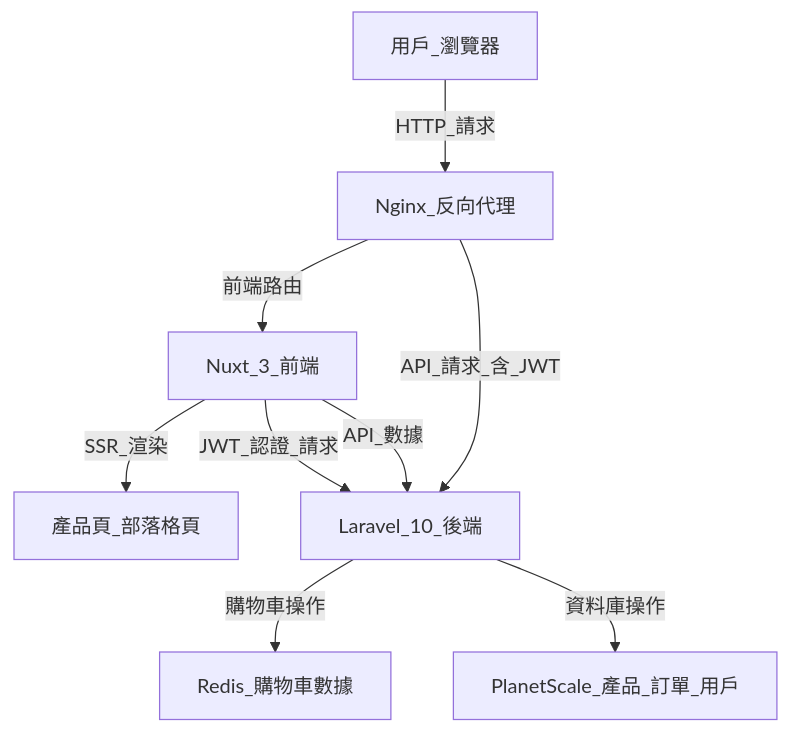
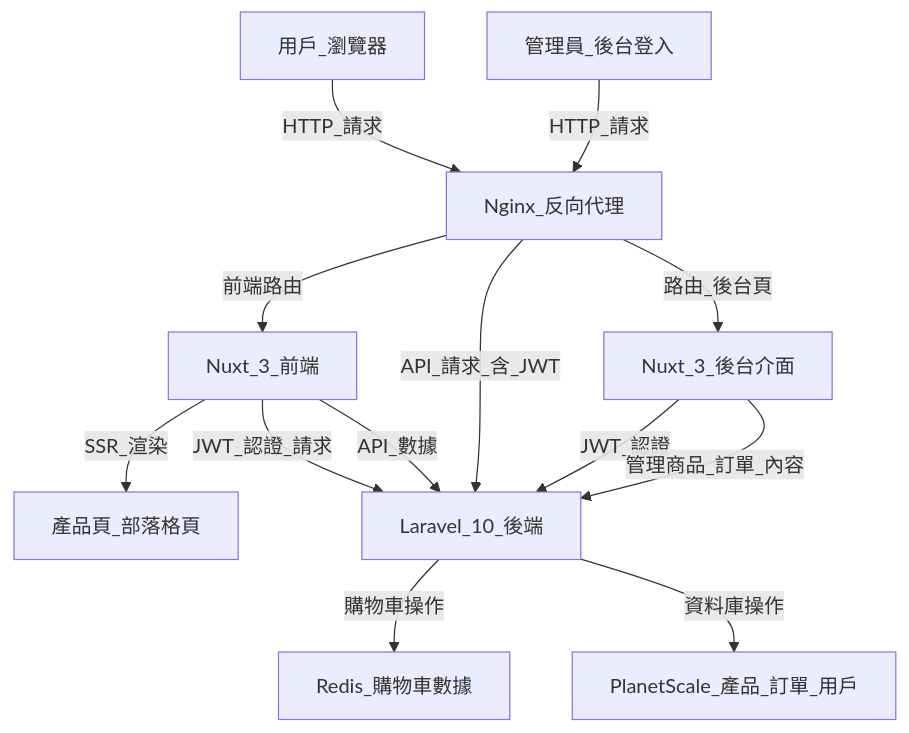
One commit to BpsEason/PetJoyEcommerce changed the diagram in README.md. Above: the diagram before and after it, drawn with Mermaid.

````diff
--- a/README.md
+++ b/README.md
@@ -24,11 +24,17 @@
 ```mermaid
 graph TD
     A[用戶_瀏覽器] -->|HTTP_請求| B[Nginx_反向代理]
     B -->|前端路由| C[Nuxt_3_前端]
     C -->|SSR_渲染| E[產品頁_部落格頁]
     C -->|JWT_認證_請求| D[Laravel_10_後端]
     B -->|API_請求_含_JWT| D
     C -->|API_數據| D
     D -->|購物車操作| G[Redis_購物車數據]
     D -->|資料庫操作| H[PlanetScale_產品_訂單_用戶]
+
+    I[管理員_後台登入] -->|HTTP_請求| B
+    B -->|路由_後台頁| J[Nuxt_3_後台介面]
+    J -->|JWT_認證| D
+    J -->|管理商品_訂單_內容| D
+
 ```
````
